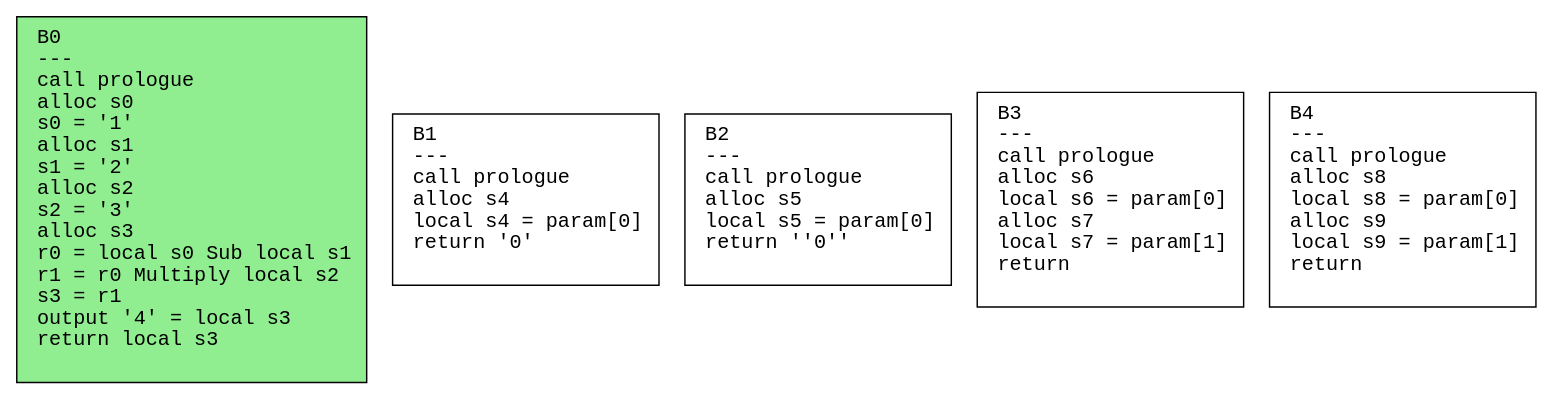
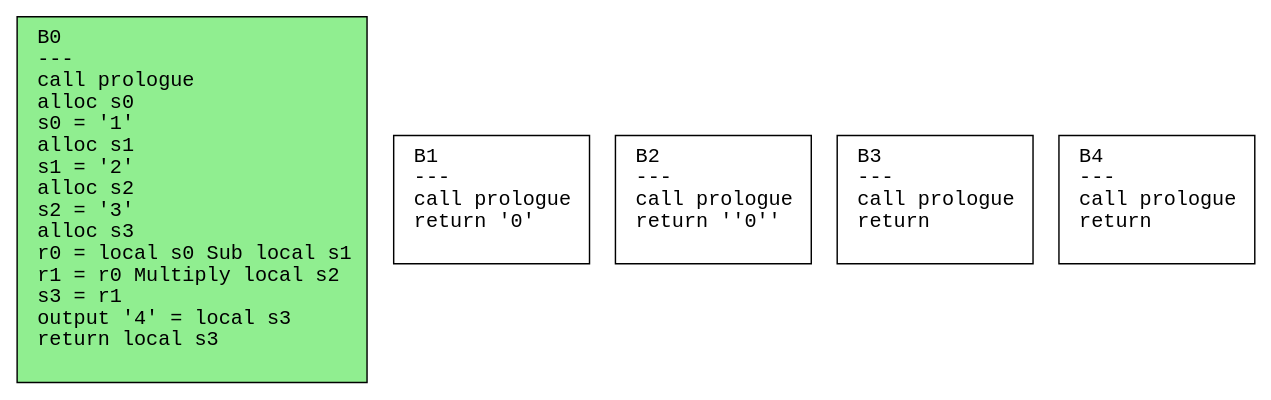
Before and after one commit to safarislava/ProcTranslator: the diagram in schemes/calc.dot, drawn with Graphviz. The commit also changed 26 other files, not shown here.

```diff
--- a/schemes/calc.dot
+++ b/schemes/calc.dot
@@ -1,12 +1,12 @@
 digraph CFG {
   rankdir=TB;
   node [shape=box, fontname="Courier", style=filled, fillcolor=white, margin="0.2,0.1"];
   edge [fontname="Courier"];
 
   "B0" [label="B0\l---\lcall prologue\lalloc s0\ls0 = '1'\lalloc s1\ls1 = '2'\lalloc s2\ls2 = '3'\lalloc s3\lr0 = local s0 Sub local s1\lr1 = r0 Multiply local s2\ls3 = r1\loutput '4' = local s3\lreturn local s3\l "];
-  "B1" [label="B1\l---\lcall prologue\lalloc s4\llocal s4 = param[0]\lreturn '0'\l "];
-  "B2" [label="B2\l---\lcall prologue\lalloc s5\llocal s5 = param[0]\lreturn ''0''\l "];
-  "B3" [label="B3\l---\lcall prologue\lalloc s6\llocal s6 = param[0]\lalloc s7\llocal s7 = param[1]\lreturn\l "];
-  "B4" [label="B4\l---\lcall prologue\lalloc s8\llocal s8 = param[0]\lalloc s9\llocal s9 = param[1]\lreturn\l "];
+  "B1" [label="B1\l---\lcall prologue\lreturn '0'\l "];
+  "B2" [label="B2\l---\lcall prologue\lreturn ''0''\l "];
+  "B3" [label="B3\l---\lcall prologue\lreturn\l "];
+  "B4" [label="B4\l---\lcall prologue\lreturn\l "];
   "B0" [fillcolor=lightgreen];
 }
```
